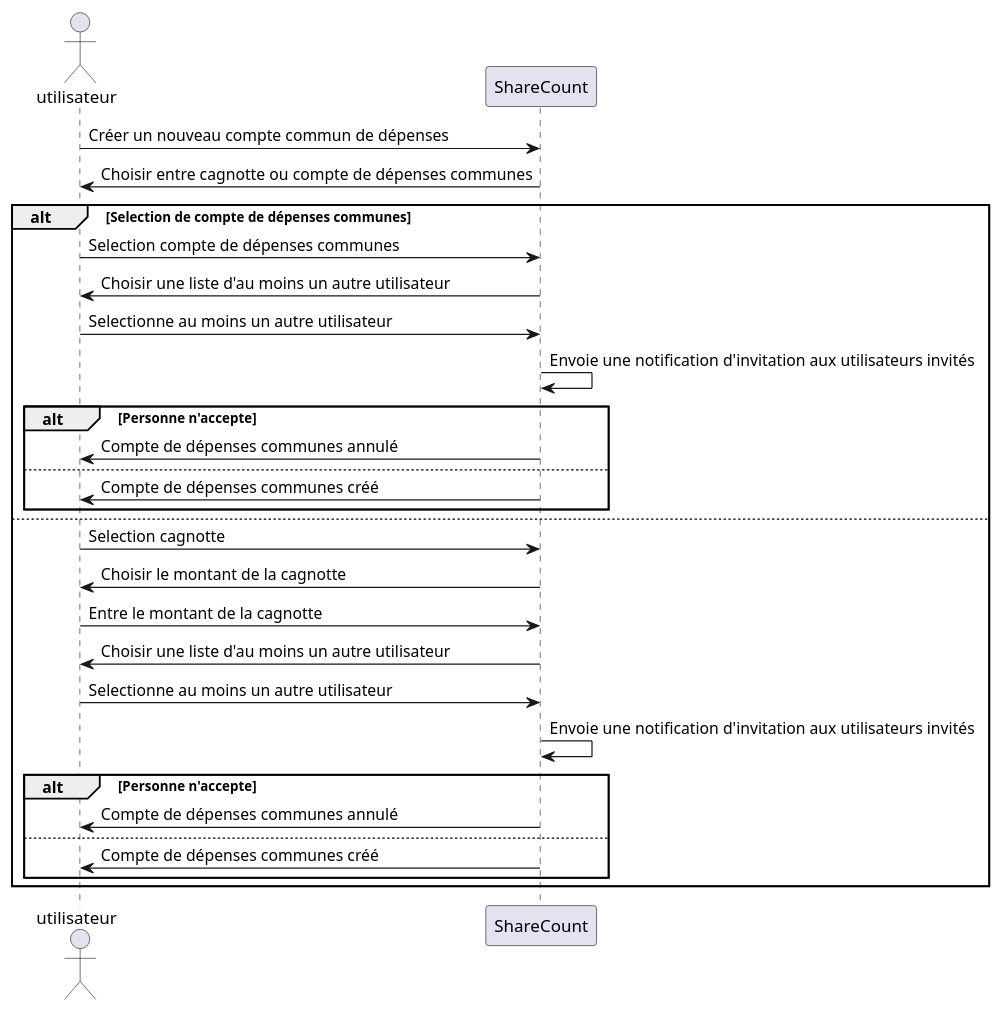
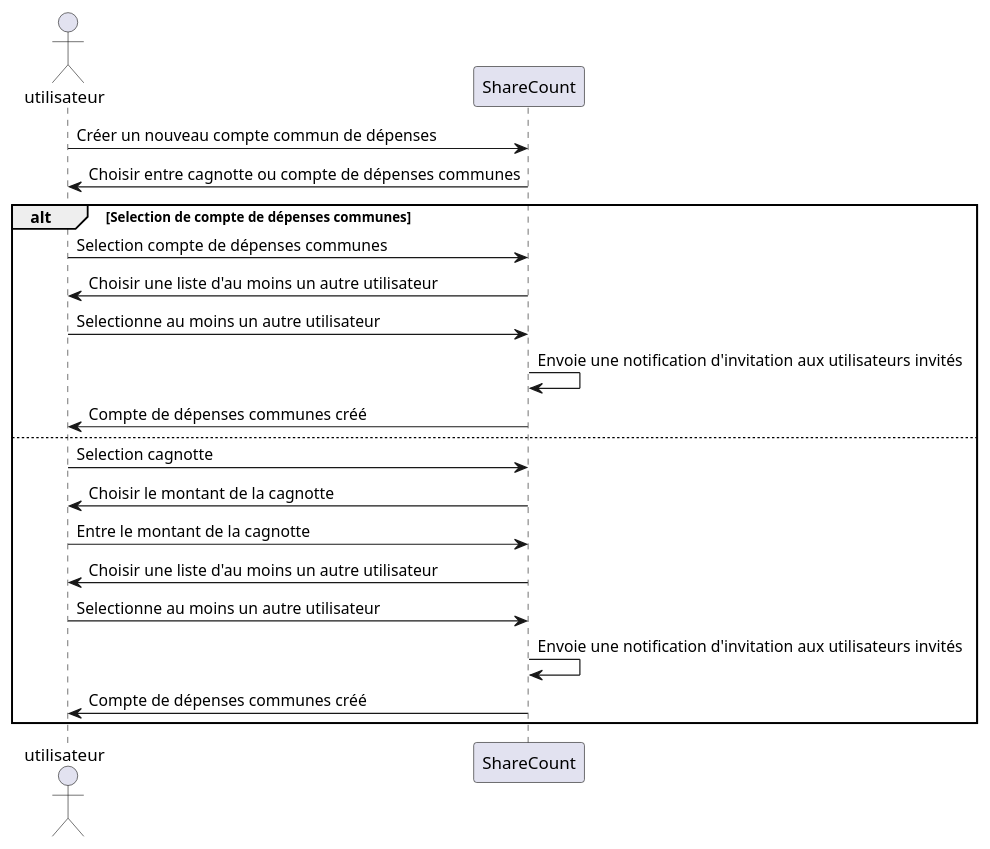
One commit to lmtb06/sharecount changed the diagram in diagrammes/specification/sequence/Créer-compte-commun-de-dépenses.puml. Above: the diagram before and after it, drawn with PlantUML. The commit also changed 4 other files, not shown here.

Commit message:
Modification de certains diagrammes

```diff
--- a/diagrammes/specification/sequence/Créer-compte-commun-de-dépenses.puml
+++ b/diagrammes/specification/sequence/Créer-compte-commun-de-dépenses.puml
@@ -1,42 +1,28 @@
 @startuml  Créer compte commun de dépenses
 
 actor utilisateur as u
 participant ShareCount as sc
 
 u -> sc : Créer un nouveau compte commun de dépenses
 sc -> u : Choisir entre cagnotte ou compte de dépenses communes
 
 alt Selection de compte de dépenses communes
 u -> sc : Selection compte de dépenses communes
 sc -> u : Choisir une liste d'au moins un autre utilisateur
 u -> sc : Selectionne au moins un autre utilisateur
 sc -> sc : Envoie une notification d'invitation aux utilisateurs invités
-
-
-alt Personne n'accepte
-sc -> u : Compte de dépenses communes annulé
-else
-
 sc -> u : Compte de dépenses communes créé
 
-end
 else
 
 u -> sc : Selection cagnotte
 sc -> u : Choisir le montant de la cagnotte
 u -> sc : Entre le montant de la cagnotte
 sc -> u : Choisir une liste d'au moins un autre utilisateur
 u -> sc : Selectionne au moins un autre utilisateur
 sc -> sc : Envoie une notification d'invitation aux utilisateurs invités
-
-alt Personne n'accepte
-sc -> u : Compte de dépenses communes annulé
-else
-
 sc -> u : Compte de dépenses communes créé
 
 end
 
-end
-
 @enduml
```
